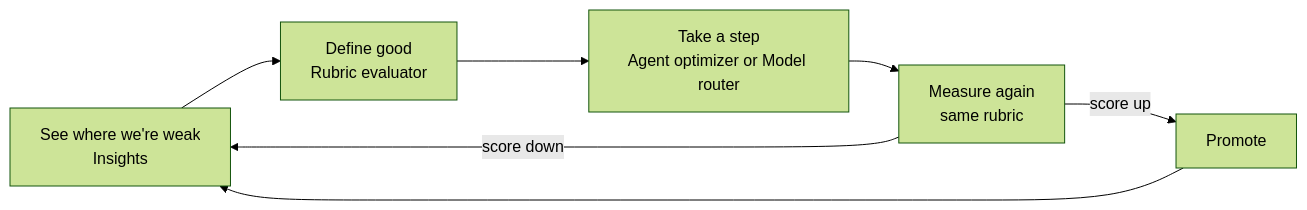
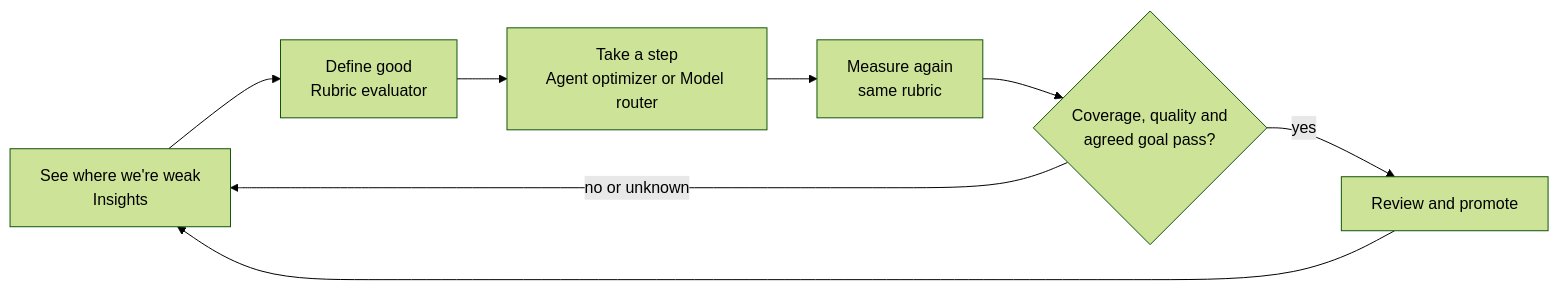
One commit to AndreaRizzi/ingnite26-LAB663 changed the diagram in docs/narrative.md. Above: the diagram before and after it, drawn with Mermaid (forest theme). The commit also changed other lines of this file and 28 other files, not shown here.

````diff
--- a/docs/narrative.md
+++ b/docs/narrative.md
@@ -19,9 +19,10 @@
 ```mermaid
 flowchart LR
     A[See where we're weak<br/>Insights] --> B[Define good<br/>Rubric evaluator]
     B --> C[Take a step<br/>Agent optimizer or Model router]
     C --> D[Measure again<br/>same rubric]
-    D -->|score up| E[Promote]
-    D -->|score down| A
-    E --> A
+    D --> E{Coverage, quality and<br/>agreed goal pass?}
+    E -->|yes| F[Review and promote]
+    E -->|no or unknown| A
+    F --> A
 ```
````
